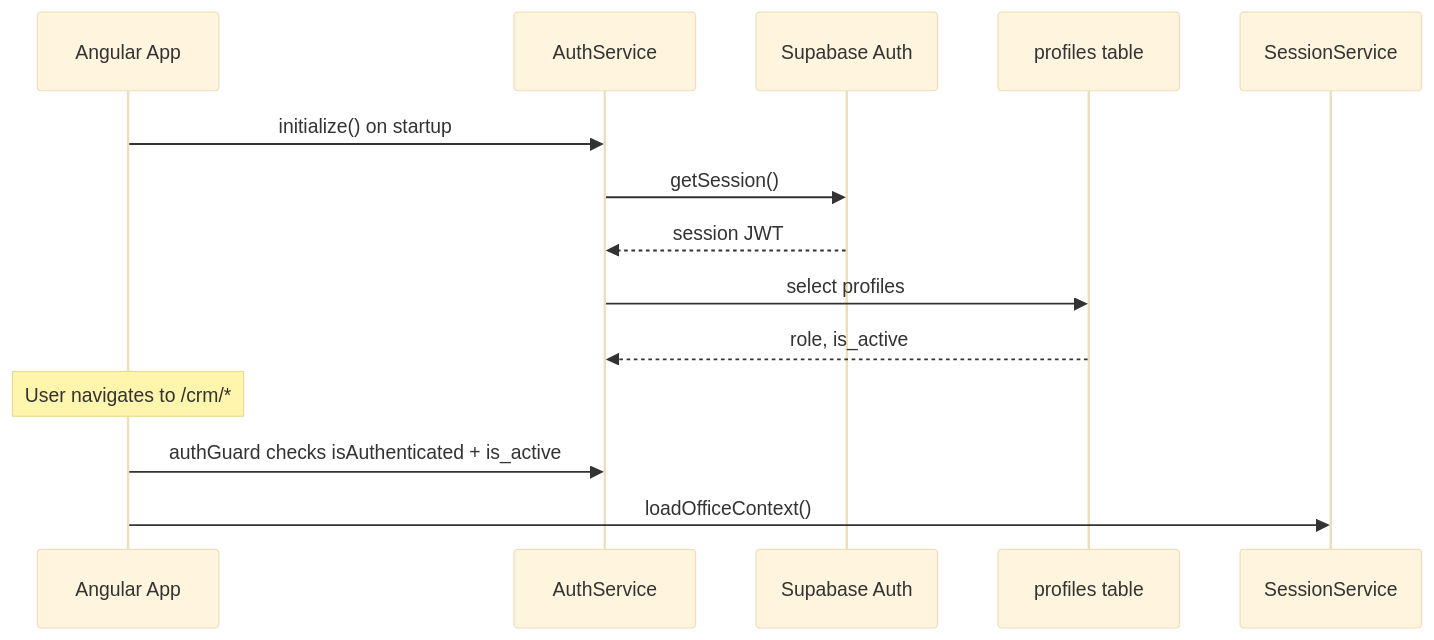
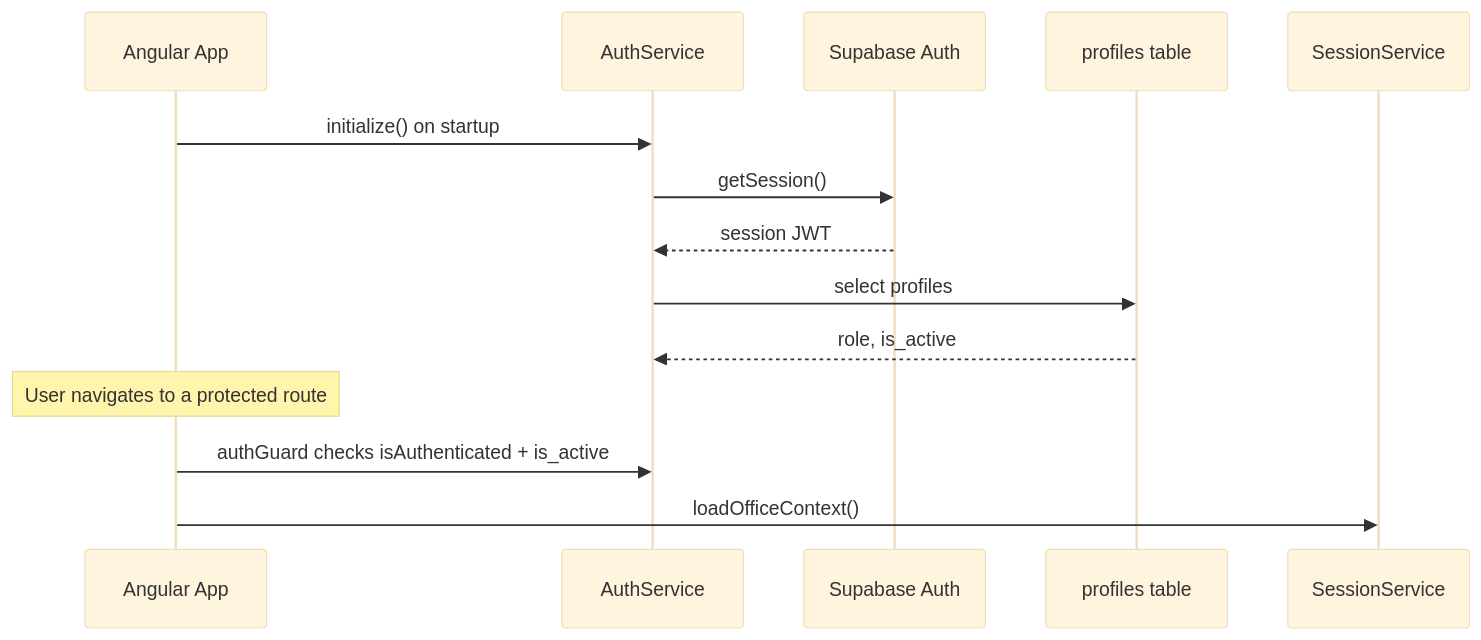
Before and after one commit to dzebovski/kolss-crm-angular: the diagram in docs/FRONTEND-INTEGRATION.md, drawn with Mermaid (base theme). The commit also changed other lines of this file and 47 other files, not shown here.

````diff
--- a/docs/FRONTEND-INTEGRATION.md
+++ b/docs/FRONTEND-INTEGRATION.md
@@ -86,16 +87,16 @@
 ```mermaid
 sequenceDiagram
   participant App as Angular App
   participant Auth as AuthService
   participant SB as Supabase Auth
   participant DB as profiles table
 
   App->>Auth: initialize() on startup
   Auth->>SB: getSession()
   SB-->>Auth: session JWT
   Auth->>DB: select profiles
   DB-->>Auth: role, is_active
-  Note over App: User navigates to /crm/*
+  Note over App: User navigates to a protected route
   App->>Auth: authGuard checks isAuthenticated + is_active
   App->>SessionService: loadOfficeContext()
 ```
````
